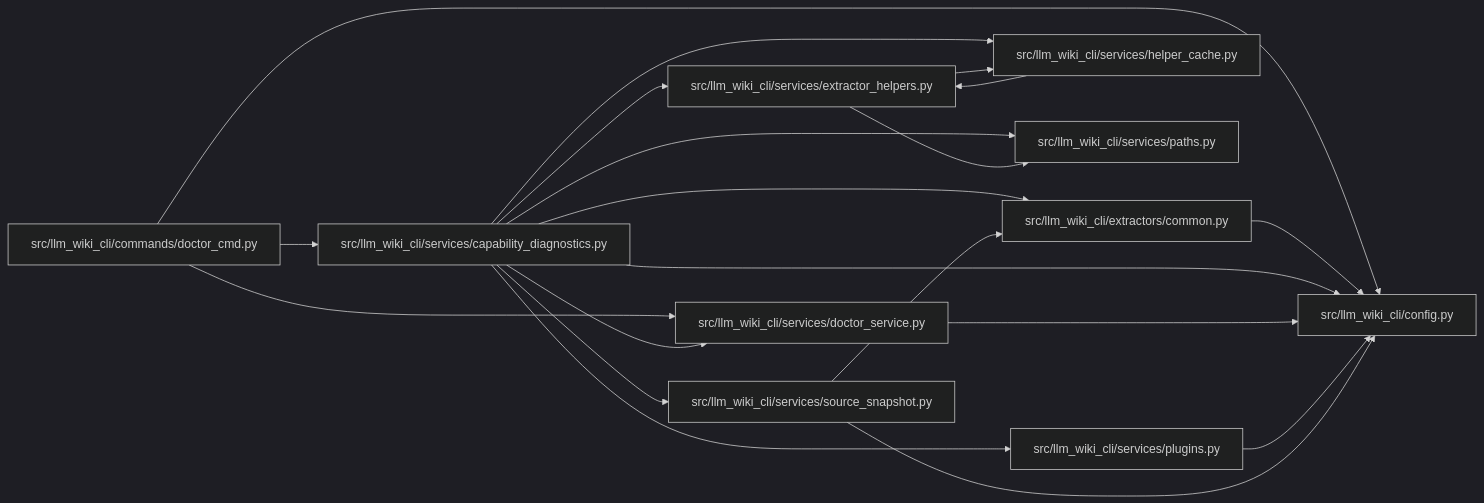
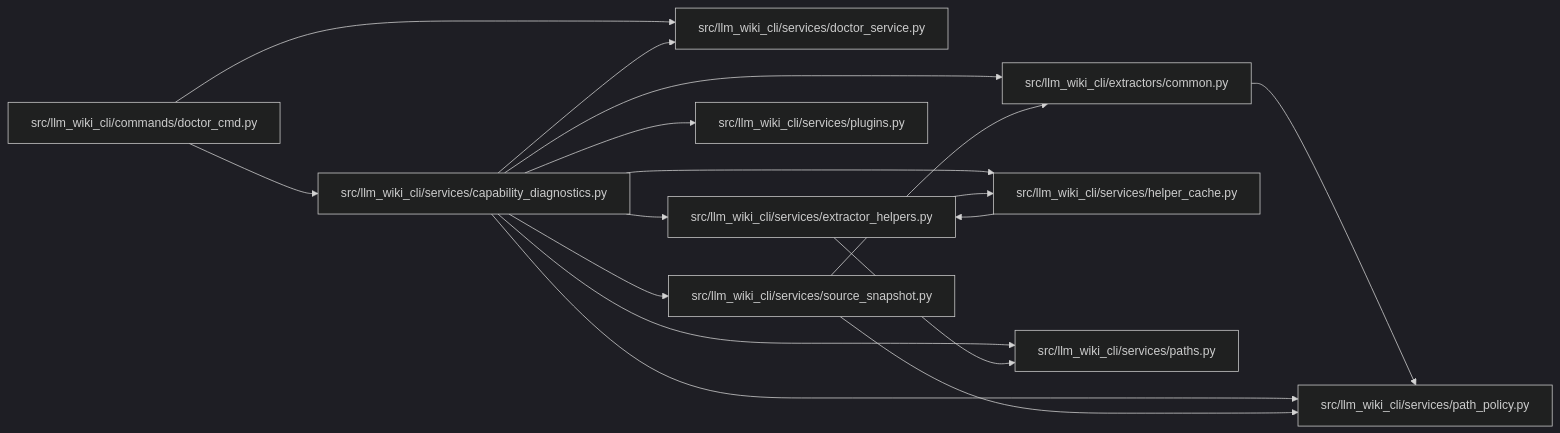
The diagram in docs/llm_wiki/modules/capability_diagnostics.md (Denissvgn/python-wiki-llm), drawn with Mermaid (dark theme) before and after one commit. The commit also changed other lines of this file and 1555 other files, not shown here.

````diff
--- a/docs/llm_wiki/modules/capability_diagnostics.md
+++ b/docs/llm_wiki/modules/capability_diagnostics.md
@@ -40,42 +40,39 @@
 ```mermaid
 flowchart LR
     n0["src/llm_wiki_cli/commands/doctor_cmd.py"]
-    n1["src/llm_wiki_cli/config.py"]
-    n2["src/llm_wiki_cli/extractors/common.py"]
-    n3["src/llm_wiki_cli/services/capability_diagnostics.py"]
-    n4["src/llm_wiki_cli/services/doctor_service.py"]
-    n5["src/llm_wiki_cli/services/extractor_helpers.py"]
-    n6["src/llm_wiki_cli/services/helper_cache.py"]
+    n1["src/llm_wiki_cli/extractors/common.py"]
+    n2["src/llm_wiki_cli/services/capability_diagnostics.py"]
+    n3["src/llm_wiki_cli/services/doctor_service.py"]
+    n4["src/llm_wiki_cli/services/extractor_helpers.py"]
+    n5["src/llm_wiki_cli/services/helper_cache.py"]
+    n6["src/llm_wiki_cli/services/path_policy.py"]
     n7["src/llm_wiki_cli/services/paths.py"]
     n8["src/llm_wiki_cli/services/plugins.py"]
     n9["src/llm_wiki_cli/services/source_snapshot.py"]
-    n0 --> n1
+    n0 --> n2
     n0 --> n3
-    n0 --> n4
+    n1 --> n6
     n2 --> n1
-    n3 --> n1
-    n3 --> n2
-    n3 --> n4
-    n3 --> n5
-    n3 --> n6
-    n3 --> n7
-    n3 --> n8
-    n3 --> n9
-    n4 --> n1
-    n5 --> n6
-    n5 --> n7
-    n6 --> n5
-    n8 --> n1
+    n2 --> n3
+    n2 --> n4
+    n2 --> n5
+    n2 --> n6
+    n2 --> n7
+    n2 --> n8
+    n2 --> n9
+    n4 --> n5
+    n4 --> n7
+    n5 --> n4
     n9 --> n1
-    n9 --> n2
+    n9 --> n6
     click n0 "../modules/doctor_cmd.md"
-    click n1 "../modules/config.md"
-    click n2 "../modules/common.md"
-    click n3 "../modules/capability_diagnostics.md"
-    click n4 "../modules/doctor_service.md"
-    click n5 "../modules/extractor_helpers.md"
-    click n6 "../modules/helper_cache.md"
+    click n1 "../modules/common.md"
+    click n2 "../modules/capability_diagnostics.md"
+    click n3 "../modules/doctor_service.md"
+    click n4 "../modules/extractor_helpers.md"
+    click n5 "../modules/helper_cache.md"
+    click n6 "../modules/path_policy.md"
     click n7 "../modules/paths.md"
     click n8 "../modules/plugins.md"
     click n9 "../modules/source_snapshot.md"
 ```
````
